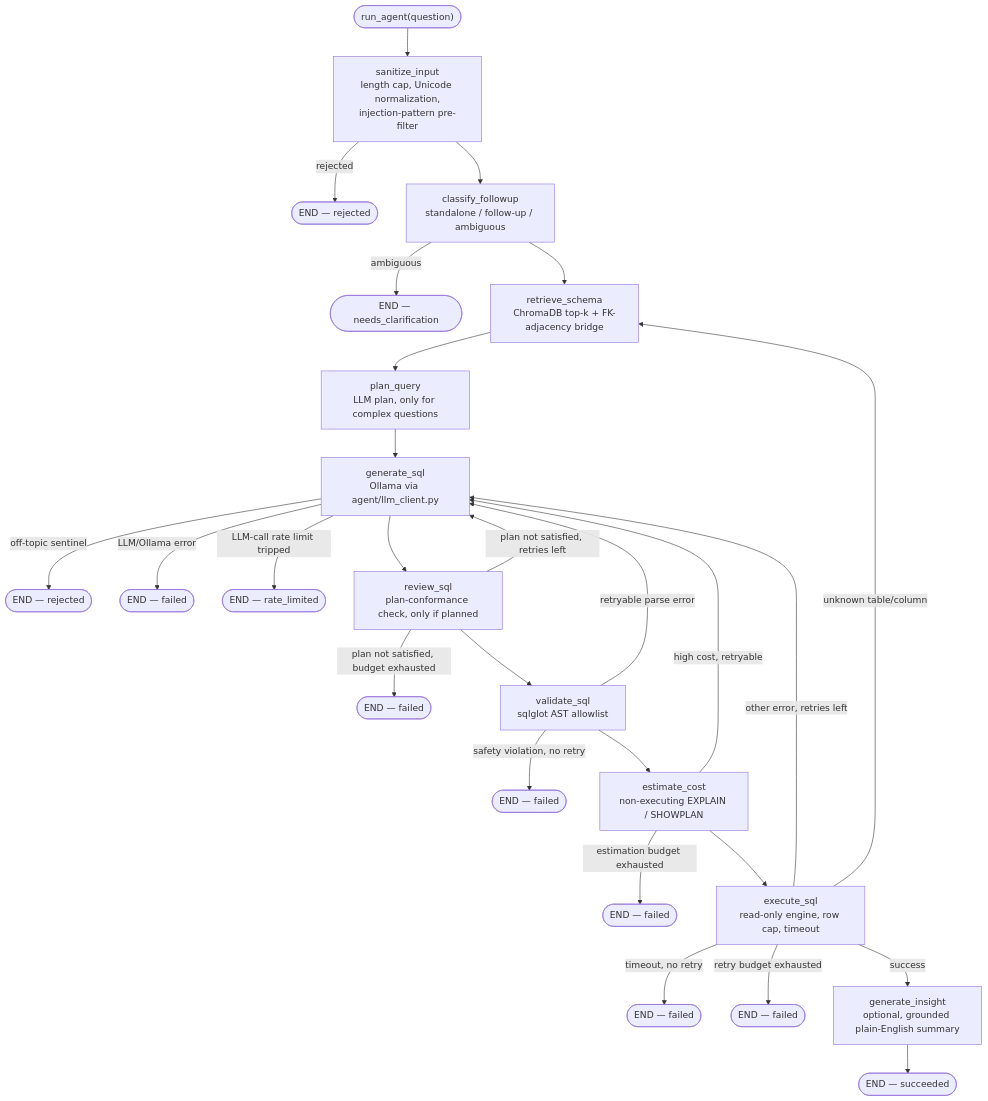
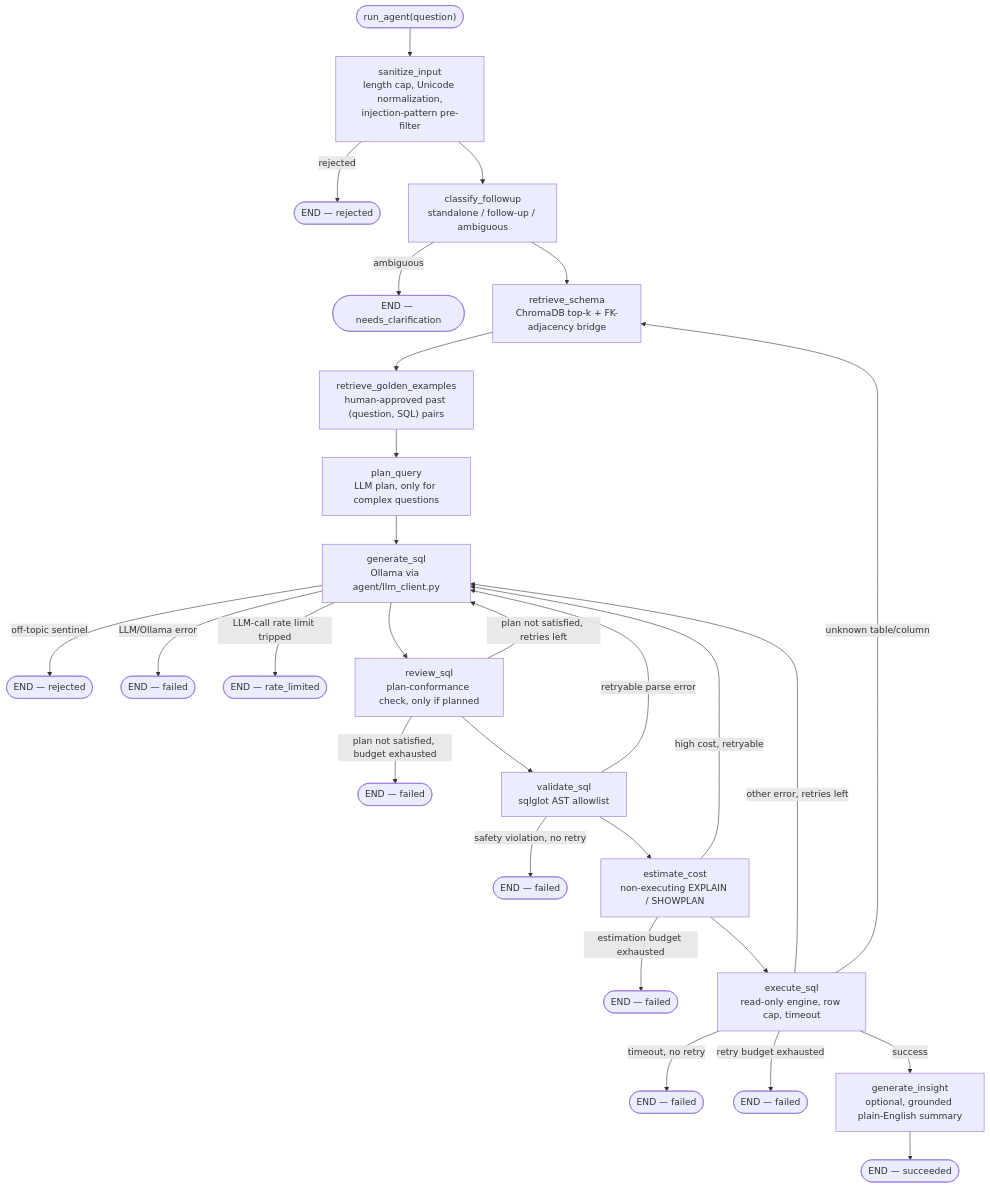
One commit to surajkumarnavodya/text-to-sql-agent-langgraph changed the first of 3 diagrams in docs/ARCHITECTURE.md. Above: the diagram before and after it, drawn with Mermaid. The commit also changed other lines of this file and 57 other files, not shown here.

````diff
--- a/docs/ARCHITECTURE.md
+++ b/docs/ARCHITECTURE.md
@@ -24,29 +24,30 @@
 ```mermaid
 flowchart TD
     START(["run_agent(question)"]) --> SI["sanitize_input<br/>length cap, Unicode normalization,<br/>injection-pattern pre-filter"]
     SI -->|rejected| ENDREJ1(["END — rejected"])
     SI --> CF["classify_followup<br/>standalone / follow-up / ambiguous"]
     CF -->|ambiguous| ENDCLAR(["END — needs_clarification"])
     CF --> RS["retrieve_schema<br/>ChromaDB top-k + FK-adjacency bridge"]
-    RS --> PQ["plan_query<br/>LLM plan, only for complex questions"]
+    RS --> RGE["retrieve_golden_examples<br/>human-approved past (question, SQL) pairs"]
+    RGE --> PQ["plan_query<br/>LLM plan, only for complex questions"]
     PQ --> GS["generate_sql<br/>Ollama via agent/llm_client.py"]
     GS -->|off-topic sentinel| ENDREJ2(["END — rejected"])
     GS -->|LLM/Ollama error| ENDFAIL1(["END — failed"])
     GS -->|LLM-call rate limit tripped| ENDRATE(["END — rate_limited"])
     GS --> RV["review_sql<br/>plan-conformance check, only if planned"]
     RV -->|plan not satisfied, retries left| GS
     RV -->|plan not satisfied, budget exhausted| ENDFAIL6(["END — failed"])
     RV --> VS["validate_sql<br/>sqlglot AST allowlist"]
     VS -->|safety violation, no retry| ENDFAIL2(["END — failed"])
     VS -->|retryable parse error| GS
     VS --> CE["estimate_cost<br/>non-executing EXPLAIN / SHOWPLAN"]
     CE -->|high cost, retryable| GS
     CE -->|estimation budget exhausted| ENDFAIL3(["END — failed"])
     CE --> ES["execute_sql<br/>read-only engine, row cap, timeout"]
     ES -->|unknown table/column| RS
     ES -->|other error, retries left| GS
     ES -->|timeout, no retry| ENDFAIL4(["END — failed"])
     ES -->|retry budget exhausted| ENDFAIL5(["END — failed"])
     ES -->|success| GI["generate_insight<br/>optional, grounded plain-English summary"]
     GI --> ENDOK(["END — succeeded"])
 ```
````
